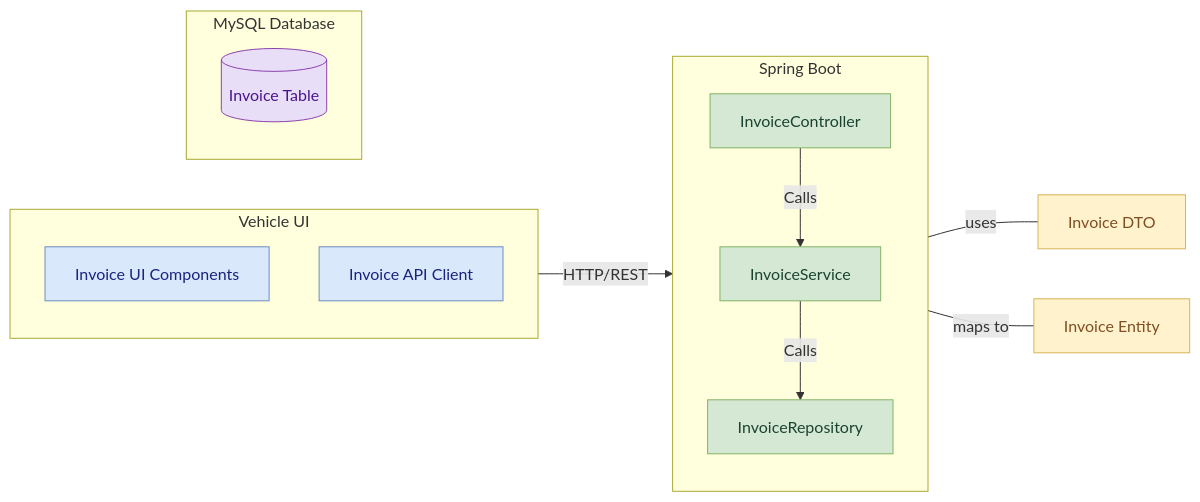
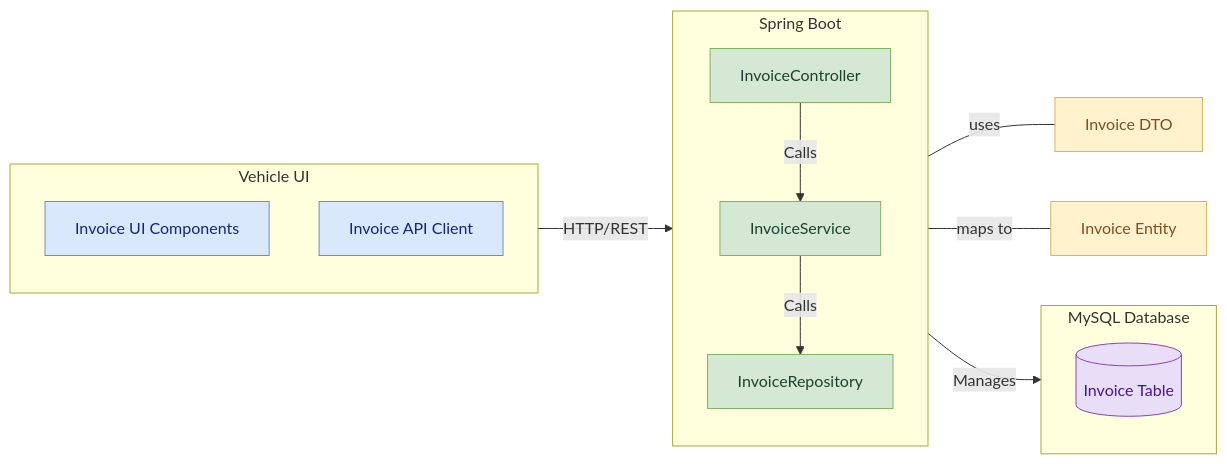
One commit to rajshinde-cognizant/Vehicle-Service-Booking-System changed the second of 3 diagrams in invoice.md. Above: the diagram before and after it, drawn with Mermaid. The commit also changed other lines of this file, not shown here.

````diff
--- a/invoice.md
+++ b/invoice.md
@@ -121,41 +120,43 @@
 ```mermaid
 flowchart LR
 
   subgraph Frontend [Vehicle UI]
     direction TB
     A1[Invoice UI Components]
     A2[Invoice API Client]
   end
 
   subgraph Backend [Spring Boot]
     direction TB
     B1[InvoiceController]
     B2[InvoiceService]
     B3[InvoiceRepository]
   end
 
   subgraph Database [MySQL Database]
     direction TB
     C1[(Invoice Table)]
   end
 
   D1[Invoice DTO]
   D2[Invoice Entity]
 
   A2 -->|HTTP/REST| B1
   B1 -->|Calls| B2
   B2 -->|Calls| B3
+  B3 -->|Manages| C1
+
 
   B1 ---|uses| D1
   B3 ---|maps to| D2
 
   classDef frontend fill:#dae8fc,stroke:#6c8ebf,color:#1a237e
   classDef backend fill:#d5e8d4,stroke:#82b366,color:#1b4332
   classDef storage fill:#e8def8,stroke:#8e44ad,color:#4a148c
   classDef model fill:#fff2cc,stroke:#d6b656,color:#7f4f24
 
   class A1,A2 frontend
   class B1,B2,B3 backend
   class C1 storage
   class D1,D2 model
 ```
````
